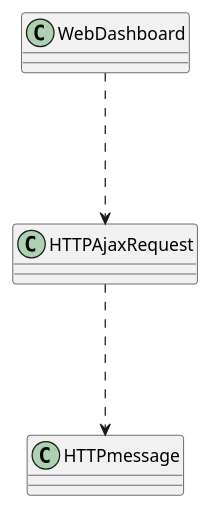
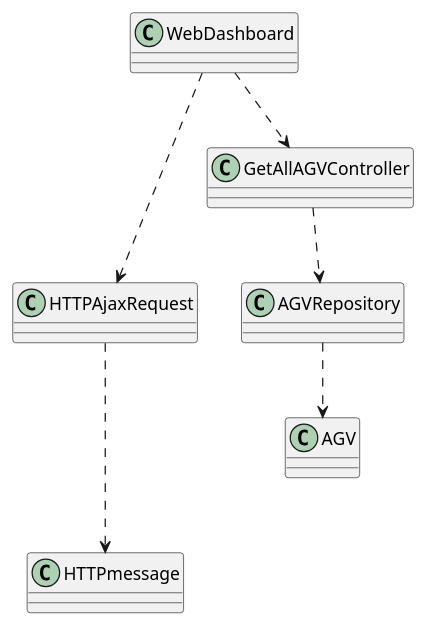
One commit to marttuga/LAPR4-SmartSystems changed the diagram in docs/Sprint4/US2006/US2006_CD.puml. Above: the diagram before and after it, drawn with PlantUML.

Commit message:
<L2L20-88> US2006- Design: Updated US2006_CD.puml

```diff
--- a/docs/Sprint4/US2006/US2006_CD.puml
+++ b/docs/Sprint4/US2006/US2006_CD.puml
@@ -1,19 +1,31 @@
 @startuml
 skinparam classAttributeIconSize 0
 
 
 class WebDashboard {
 }
 
 class HTTPAjaxRequest {
 }
 
 class HTTPmessage {
 }
 
+class AGVRepository{
+}
+
+class GetAllAGVController{
+}
+
+class AGV{
+}
+
 
 WebDashboard ...> HTTPAjaxRequest
 HTTPAjaxRequest ...> HTTPmessage
+WebDashboard ..> GetAllAGVController
+GetAllAGVController ..> AGVRepository
+AGVRepository ..> AGV
 
 
 @enduml
```
